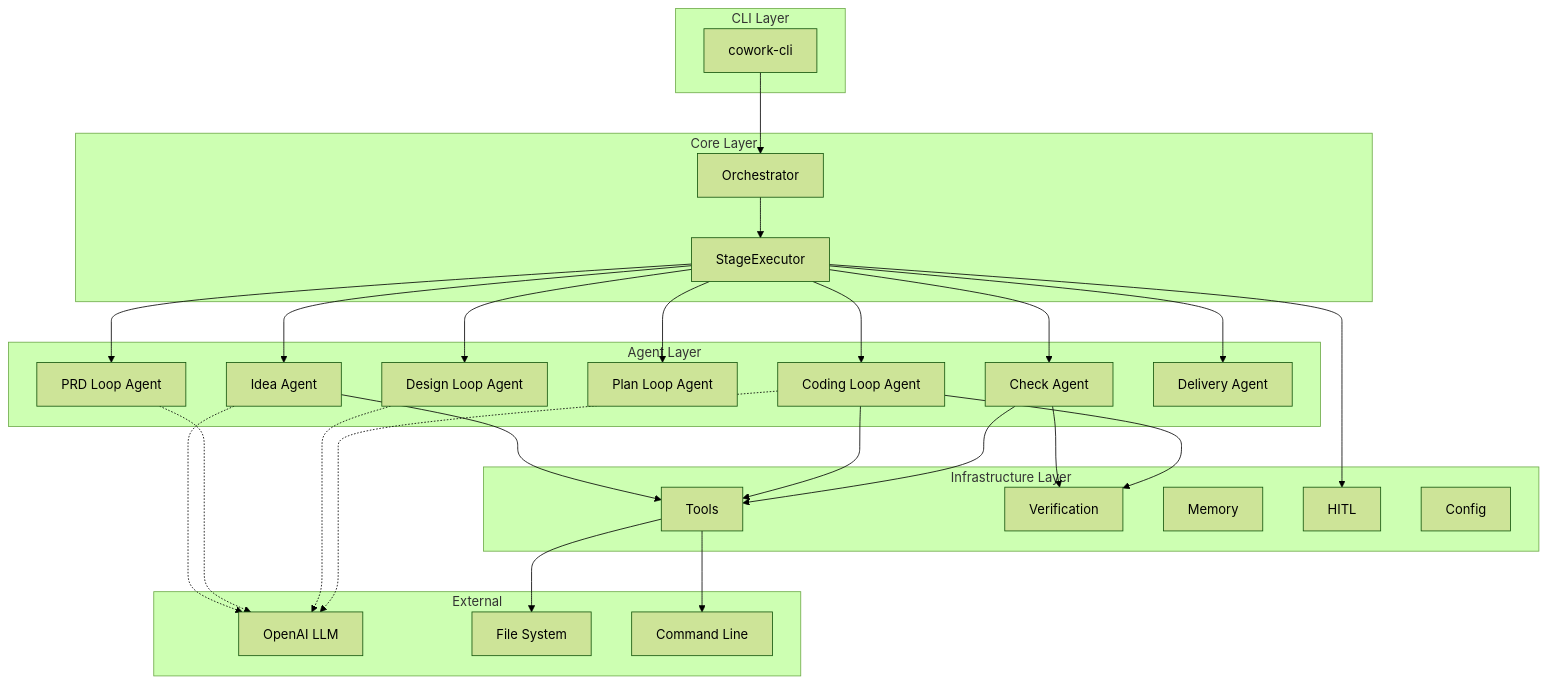
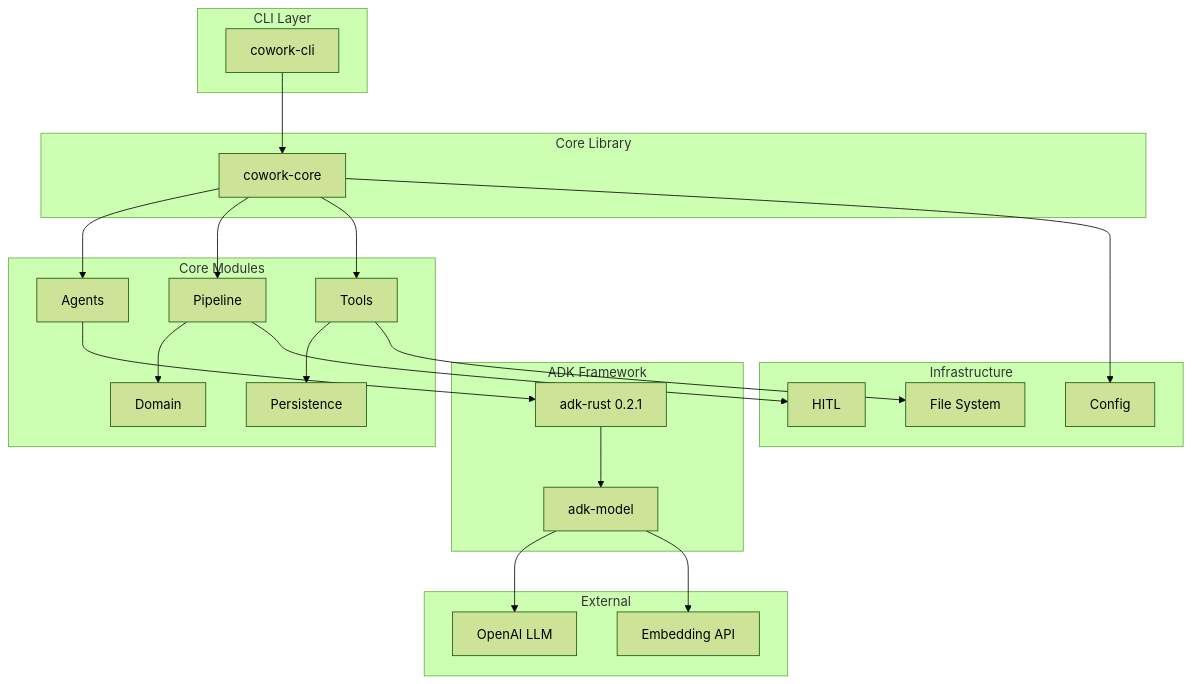
The first of 3 diagrams in README.md (sopaco/cowork-forge), drawn with Mermaid (forest theme) before and after one commit. The commit also changed other lines of this file and 1 other file, not shown here.

````diff
--- a/README.md
+++ b/README.md
@@ -161,62 +161,51 @@
 ```mermaid
 graph TB
     subgraph "CLI Layer"
         CLI[cowork-cli]
     end
     
-    subgraph "Core Layer"
-        Orch[Orchestrator]
-        Exec[StageExecutor]
+    subgraph "Core Library"
+        CORE[cowork-core]
     end
     
-    subgraph "Agent Layer"
-        IDEA[Idea Agent]
-        PRD[PRD Loop Agent]
-        DESIGN[Design Loop Agent]
-        PLAN[Plan Loop Agent]
-        CODING[Coding Loop Agent]
-        CHECK[Check Agent]
-        DELIVERY[Delivery Agent]
+    subgraph "Core Modules"
+        AGENTS[Agents]
+        PIPELINE[Pipeline]
+        TOOLS[Tools]
+        PERSISTENCE[Persistence]
+        DOMAIN[Domain]
     end
     
-    subgraph "Infrastructure Layer"
-        TOOLS[Tools]
-        VERIFY[Verification]
-        MEMORY[Memory]
+    subgraph "ADK Framework"
+        ADK[adk-rust 0.2.1]
+        LLM[adk-model]
+    end
+    
+    subgraph "Infrastructure"
+        FS[File System]
+        CONFIG[Config]
         HITL[HITL]
-        CONFIG[Config]
     end
     
     subgraph "External"
-        LLM[OpenAI LLM]
-        FS[File System]
-        CMD[Command Line]
+        OPENAI[OpenAI LLM]
+        EMBEDDING[Embedding API]
     end
     
-    CLI --> Orch
-    Orch --> Exec
-    Exec --> IDEA
-    Exec --> PRD
-    Exec --> DESIGN
-    Exec --> PLAN
-    Exec --> CODING
-    Exec --> CHECK
-    Exec --> DELIVERY
+    CLI --> CORE
+    CORE --> AGENTS
+    CORE --> PIPELINE
+    CORE --> TOOLS
     
-    IDEA --> TOOLS
-    CODING --> TOOLS
-    CHECK --> TOOLS
+    AGENTS --> ADK
+    PIPELINE --> DOMAIN
+    TOOLS --> PERSISTENCE
     
-    CHECK --> VERIFY
-    CODING --> VERIFY
+    ADK --> LLM
+    LLM --> OPENAI
+    LLM --> EMBEDDING
     
-    Exec --> HITL
-    
+    PIPELINE --> HITL
     TOOLS --> FS
-    TOOLS --> CMD
-    
-    IDEA -.-> LLM
-    PRD -.-> LLM
-    DESIGN -.-> LLM
-    CODING -.-> LLM
+    CORE --> CONFIG
 ```
````
